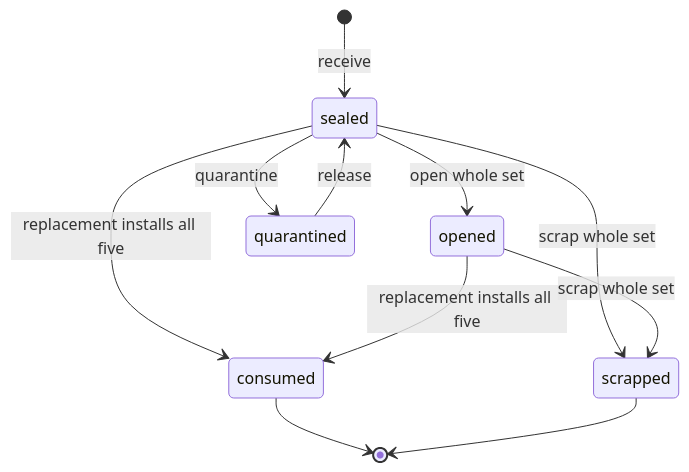
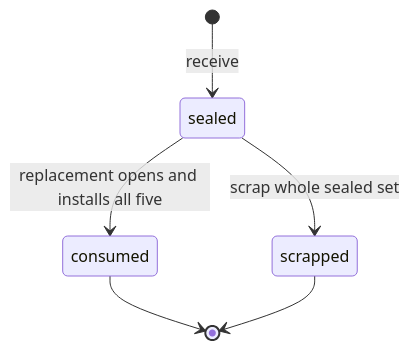
The second of 4 diagrams in docs/specs/inventory.md (wilesy7404/Colt), drawn with Mermaid before and after one commit. The commit also changed other lines of this file, not shown here.

````diff
--- a/docs/specs/inventory.md
+++ b/docs/specs/inventory.md
@@ -210,13 +211,8 @@
 ```mermaid
 stateDiagram-v2
   [*] --> sealed: receive
-  sealed --> opened: open whole set
-  sealed --> consumed: replacement installs all five
-  sealed --> quarantined: quarantine
-  sealed --> scrapped: scrap whole set
-  opened --> consumed: replacement installs all five
-  opened --> scrapped: scrap whole set
-  quarantined --> sealed: release
+  sealed --> consumed: replacement opens and installs all five
+  sealed --> scrapped: scrap whole sealed set
   consumed --> [*]
   scrapped --> [*]
 ```
````
